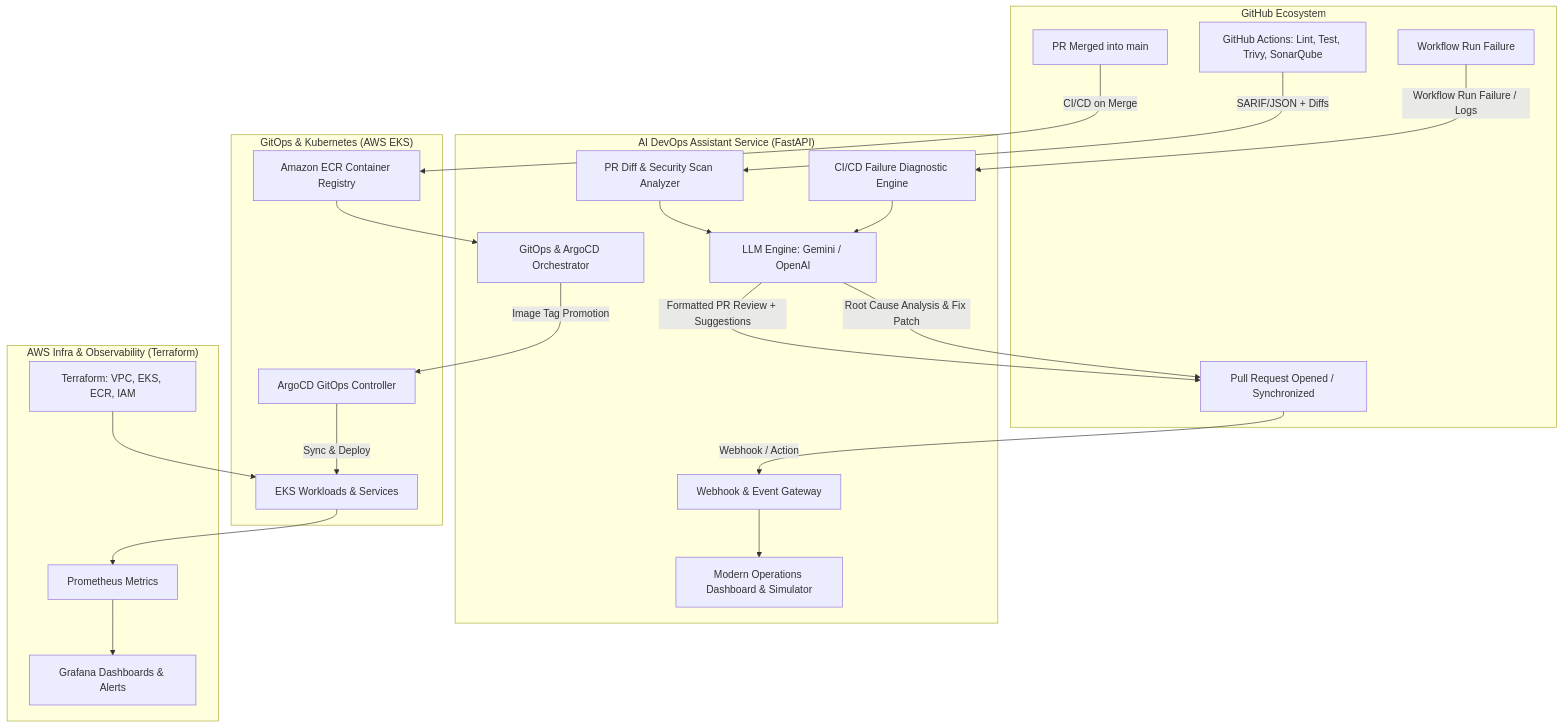
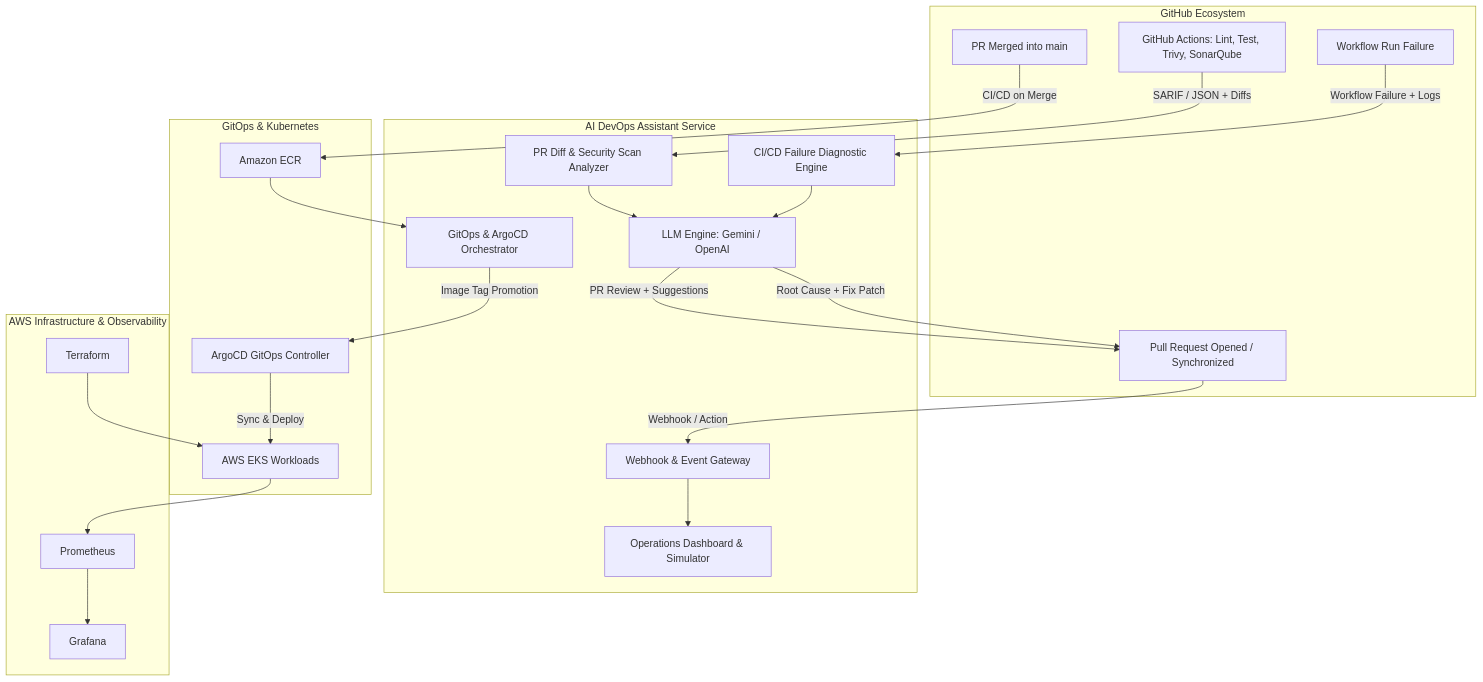
The diagram in README.md (Harshit4grahari/AI-DevOps-Assistant), drawn with Mermaid before and after one commit. The commit also changed other lines of this file, not shown here.

````diff
--- a/README.md
+++ b/README.md
@@ -9,49 +39,51 @@
 ```mermaid
 flowchart TD
+
     subgraph GitHub["GitHub Ecosystem"]
         PR[Pull Request Opened / Synchronized]
         GHA[GitHub Actions: Lint, Test, Trivy, SonarQube]
         Merge[PR Merged into main]
         Fail[Workflow Run Failure]
     end
 
-    subgraph DevOpsBot["AI DevOps Assistant Service (FastAPI)"]
+    subgraph DevOpsBot["AI DevOps Assistant Service"]
         WH[Webhook & Event Gateway]
         LLM[LLM Engine: Gemini / OpenAI]
         PRReviewer[PR Diff & Security Scan Analyzer]
         LogAnalyzer[CI/CD Failure Diagnostic Engine]
         GitOpsSync[GitOps & ArgoCD Orchestrator]
-        Dashboard[Modern Operations Dashboard & Simulator]
+        Dashboard[Operations Dashboard & Simulator]
     end
 
-    subgraph GitOpsK8s["GitOps & Kubernetes (AWS EKS)"]
-        ECR[Amazon ECR Container Registry]
+    subgraph GitOpsK8s["GitOps & Kubernetes"]
+        ECR[Amazon ECR]
         ArgoCD[ArgoCD GitOps Controller]
-        K8sCluster[EKS Workloads & Services]
+        K8sCluster[AWS EKS Workloads]
     end
 
-    subgraph MonitoringInfra["AWS Infra & Observability (Terraform)"]
-        TF[Terraform: VPC, EKS, ECR, IAM]
-        Prom[Prometheus Metrics]
-        Graf[Grafana Dashboards & Alerts]
+    subgraph MonitoringInfra["AWS Infrastructure & Observability"]
+        TF[Terraform]
+        Prom[Prometheus]
+        Graf[Grafana]
     end
 
     PR -->|Webhook / Action| WH
-    GHA -->|SARIF/JSON + Diffs| PRReviewer
+    GHA -->|SARIF / JSON + Diffs| PRReviewer
     PRReviewer --> LLM
-    LLM -->|Formatted PR Review + Suggestions| PR
+    LLM -->|PR Review + Suggestions| PR
 
-    Fail -->|Workflow Run Failure / Logs| LogAnalyzer
+    Fail -->|Workflow Failure + Logs| LogAnalyzer
     LogAnalyzer --> LLM
-    LLM -->|Root Cause Analysis & Fix Patch| PR
+    LLM -->|Root Cause + Fix Patch| PR
 
     Merge -->|CI/CD on Merge| ECR
     ECR --> GitOpsSync
     GitOpsSync -->|Image Tag Promotion| ArgoCD
     ArgoCD -->|Sync & Deploy| K8sCluster
 
     TF --> K8sCluster
     K8sCluster --> Prom
     Prom --> Graf
+
     WH --> Dashboard
 ```
````
